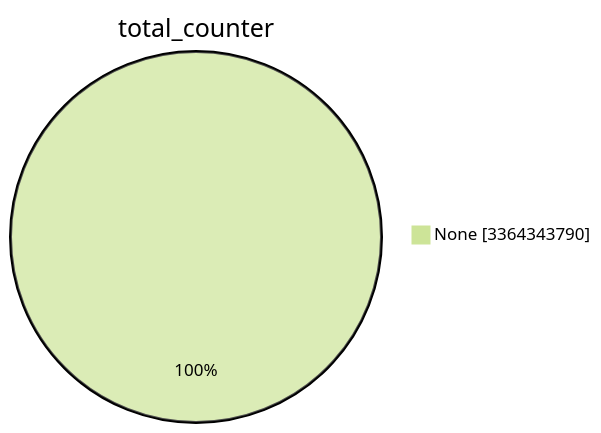
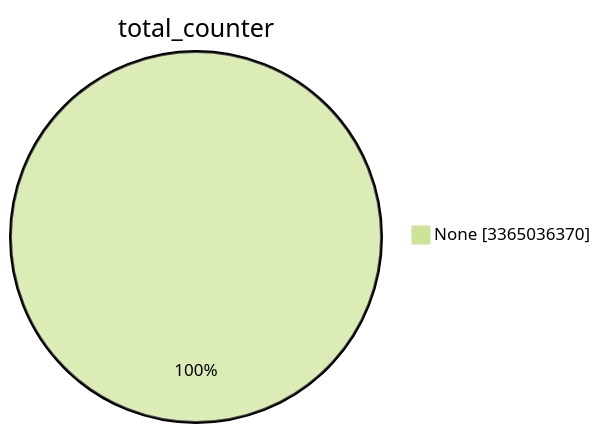
Before and after one commit to christiankrug/ctmonitor_visualization: the first of 15 diagrams in TOTAL/README.md, drawn with Mermaid (forest theme). The commit also changed other lines of this file, not shown here.

````diff
--- a/TOTAL/README.md
+++ b/TOTAL/README.md
@@ -1,5 +1,5 @@
 ```mermaid
 pie showData
 title total_counter
-"None" :3364343790
+"None" :3365036370
 ```
````
